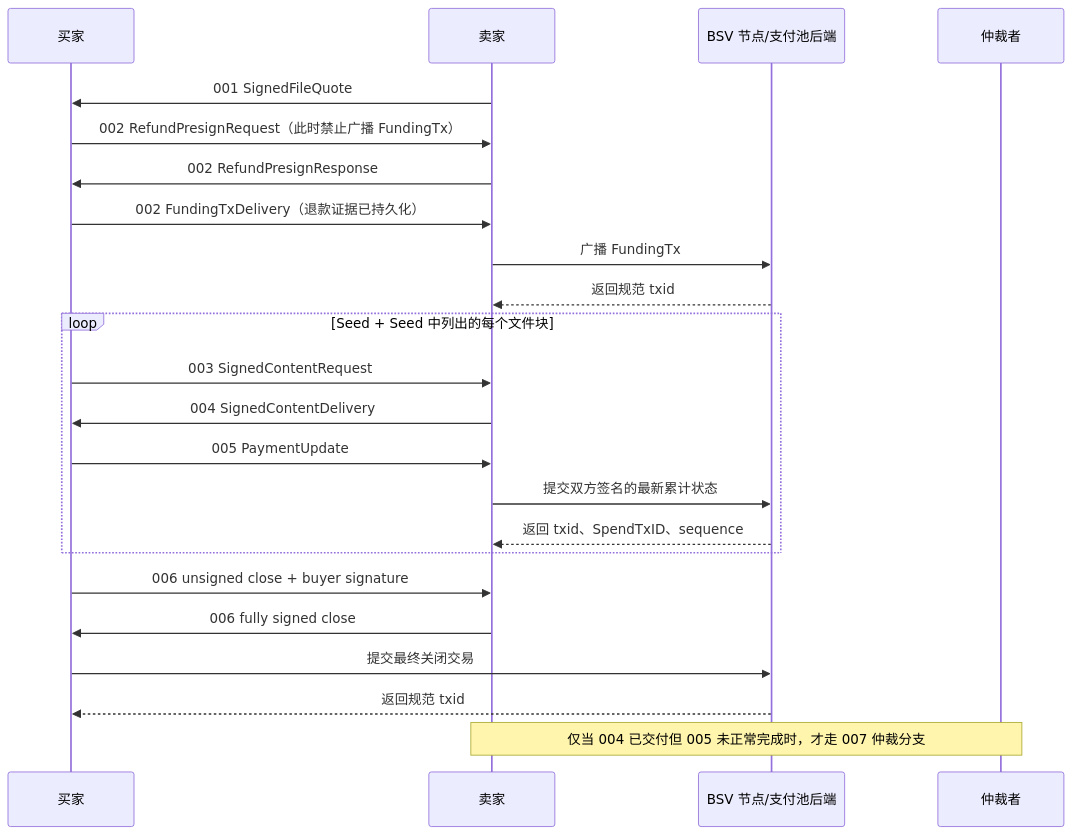
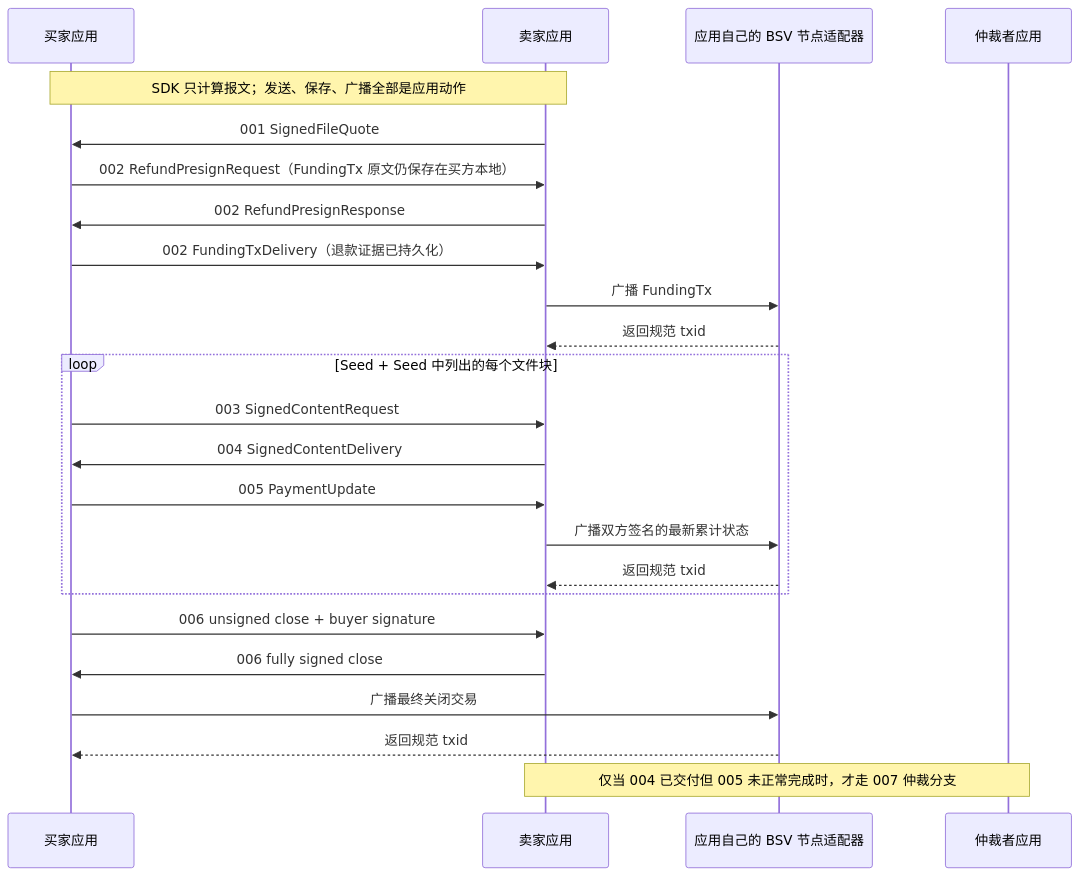
Before and after one commit to bsv8/go-bitfs: the diagram in docs/complete-file-purchase/README.md, drawn with Mermaid. The commit also changed other lines of this file and 129 other files, not shown here.

````diff
--- a/docs/complete-file-purchase/README.md
+++ b/docs/complete-file-purchase/README.md
@@ -27,29 +27,30 @@
 ```mermaid
 sequenceDiagram
-    participant B as 买家
-    participant S as 卖家
-    participant N as BSV 节点/支付池后端
-    participant A as 仲裁者
+    participant B as 买家应用
+    participant S as 卖家应用
+    participant N as 应用自己的 BSV 节点适配器
+    participant A as 仲裁者应用
 
+    Note over B,S: SDK 只计算报文；发送、保存、广播全部是应用动作
     S->>B: 001 SignedFileQuote
-    B->>S: 002 RefundPresignRequest（此时禁止广播 FundingTx）
+    B->>S: 002 RefundPresignRequest（FundingTx 原文仍保存在买方本地）
     S->>B: 002 RefundPresignResponse
     B->>S: 002 FundingTxDelivery（退款证据已持久化）
     S->>N: 广播 FundingTx
     N-->>S: 返回规范 txid
 
     loop Seed + Seed 中列出的每个文件块
         B->>S: 003 SignedContentRequest
         S->>B: 004 SignedContentDelivery
         B->>S: 005 PaymentUpdate
-        S->>N: 提交双方签名的最新累计状态
-        N-->>S: 返回 txid、SpendTxID、sequence
+        S->>N: 广播双方签名的最新累计状态
+        N-->>S: 返回规范 txid
     end
 
     B->>S: 006 unsigned close + buyer signature
     S->>B: 006 fully signed close
-    B->>N: 提交最终关闭交易
+    B->>N: 广播最终关闭交易
     N-->>B: 返回规范 txid
 
     Note over S,A: 仅当 004 已交付但 005 未正常完成时，才走 007 仲裁分支
 ```
````
